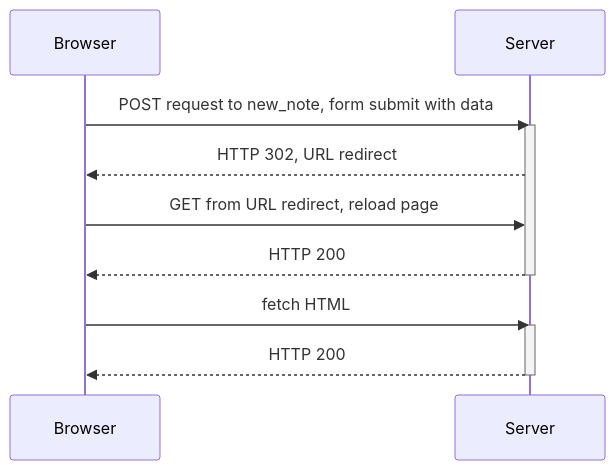
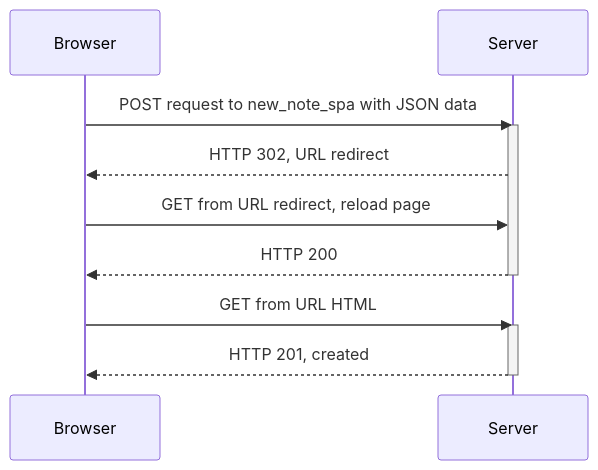
The diagram in part0/6.NewNoteSinglePageApp.md (HDBarton/FullStackOpen), drawn with Mermaid before and after one commit. The commit also changed 1 other file, not shown here.

Commit message:
Final version of diagrams

````diff
--- a/part0/6.NewNoteSinglePageApp.md
+++ b/part0/6.NewNoteSinglePageApp.md
@@ -1,18 +1,18 @@
 ```mermaid
 sequenceDiagram
 participant Browser
 participant Server
 
-Browser->>Server: POST request to new_note, form submit with data
+Browser->>Server: POST request to new_note_spa with JSON data
 activate Server
 Server-->>Browser: HTTP 302, URL redirect
 Browser->>Server: GET from URL redirect, reload page
 Server-->>Browser: HTTP 200
 deactivate Server
 
-Browser->>Server: fetch HTML
+Browser->>Server: GET from URL HTML
 activate Server
-Server-->>Browser: HTTP 200
+Server-->>Browser: HTTP 201, created
 
 deactivate Server
 ```
````
